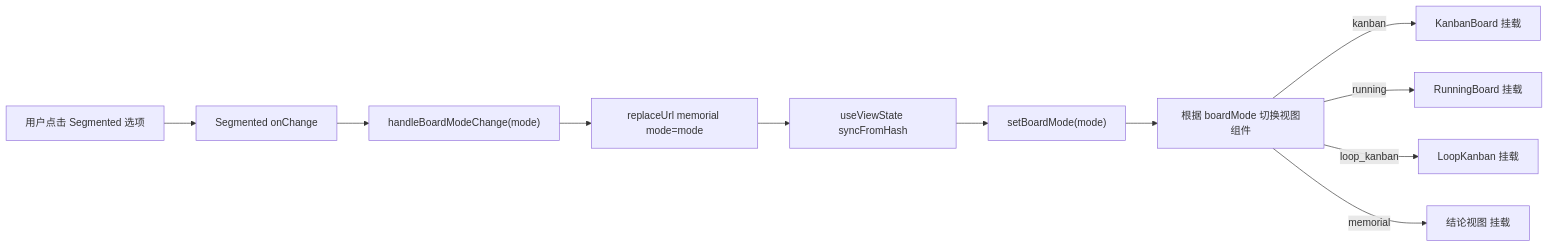
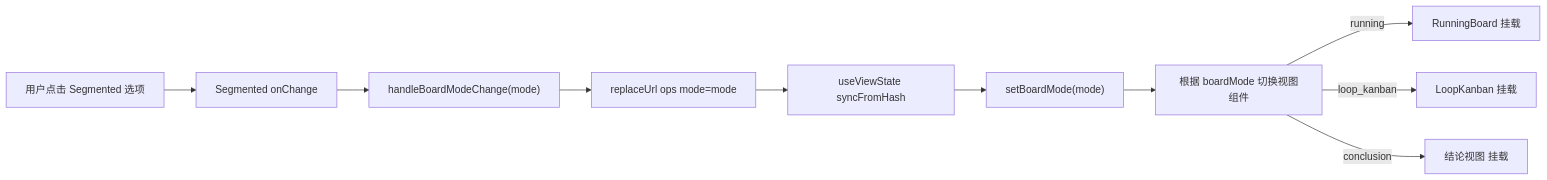
Before and after one commit to weibaohui/ntd: the first of 4 diagrams in frontend/src/help/pages/board-mode-switch.md, drawn with Mermaid. The commit also changed other lines of this file and 24 other files, not shown here.

First line of the commit message:
refactor(097): 看板视图归位事项菜单 + 独立看板改名运行中心

````diff
--- a/frontend/src/help/pages/board-mode-switch.md
+++ b/frontend/src/help/pages/board-mode-switch.md
@@ -9,13 +9,12 @@
 ```mermaid
 flowchart LR
   U[用户点击 Segmented 选项] --> SEG["Segmented onChange"]
   SEG --> HBM["handleBoardModeChange(mode)"]
-  HBM --> RU["replaceUrl memorial mode=mode"]
+  HBM --> RU["replaceUrl ops mode=mode"]
   RU --> VS["useViewState syncFromHash"]
   VS --> SBM["setBoardMode(mode)"]
   SBM --> RENDER["根据 boardMode 切换视图组件"]
-  RENDER -->|kanban| KB["KanbanBoard 挂载"]
   RENDER -->|running| RB["RunningBoard 挂载"]
   RENDER -->|loop_kanban| LK["LoopKanban 挂载"]
-  RENDER -->|memorial| MEM["结论视图 挂载"]
+  RENDER -->|conclusion| MEM["结论视图 挂载"]
 ```
````
